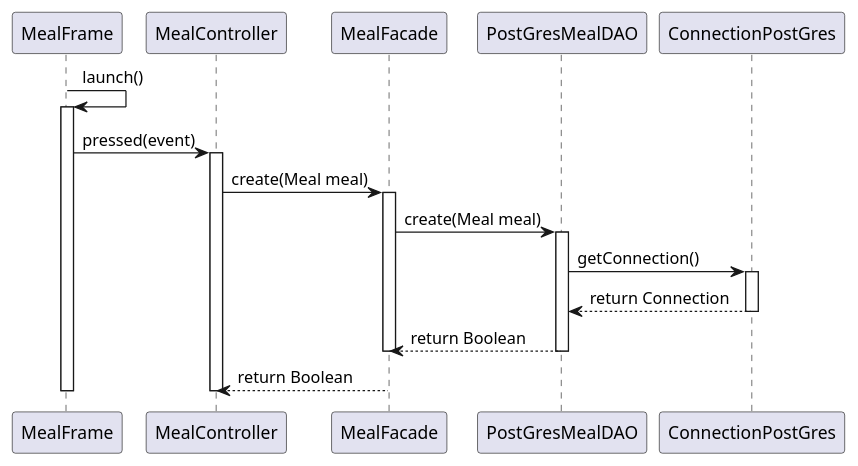
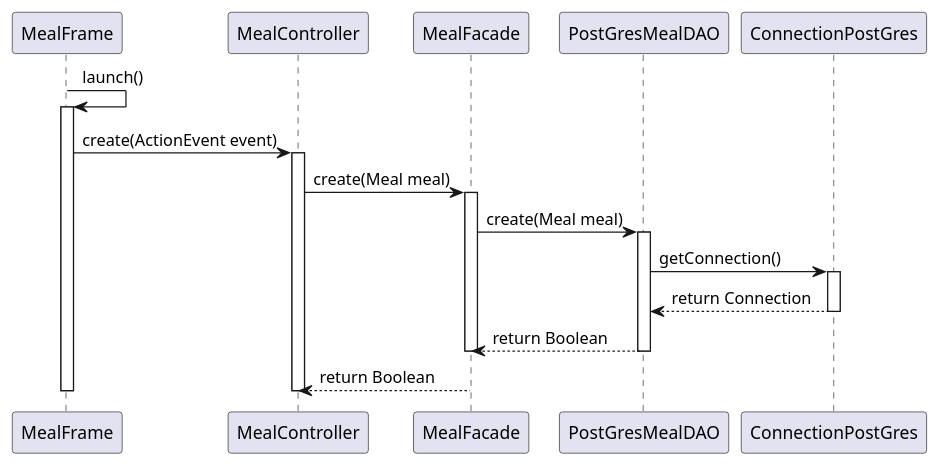
The diagram in diagrammes/Meal/meal-create.plantuml (thmsfnr/Simplify), drawn with PlantUML before and after one commit. The commit also changed 11 other files, not shown here.

Commit message:
correction diagramme classe et sequence meal

```diff
--- a/diagrammes/Meal/meal-create.plantuml
+++ b/diagrammes/Meal/meal-create.plantuml
@@ -1,27 +1,27 @@
 @startuml
 MealFrame -> MealFrame : launch()
 activate MealFrame
 
-MealFrame -> MealController: pressed(event)
+MealFrame -> MealController: create(ActionEvent event)
 activate MealController
 
 MealController -> MealFacade: create(Meal meal)
 activate MealFacade
 
 MealFacade -> PostGresMealDAO : create(Meal meal)
 activate PostGresMealDAO
 
 PostGresMealDAO -> ConnectionPostGres : getConnection()
 activate ConnectionPostGres
 ConnectionPostGres --> PostGresMealDAO : return Connection
 deactivate ConnectionPostGres
 PostGresMealDAO --> MealFacade : return Boolean
 deactivate PostGresMealDAO
 deactivate MealFacade
 
 MealFacade --> MealController : return Boolean
 deactivate MealController
 deactivate MealFrame
 
 
 @enduml
```
